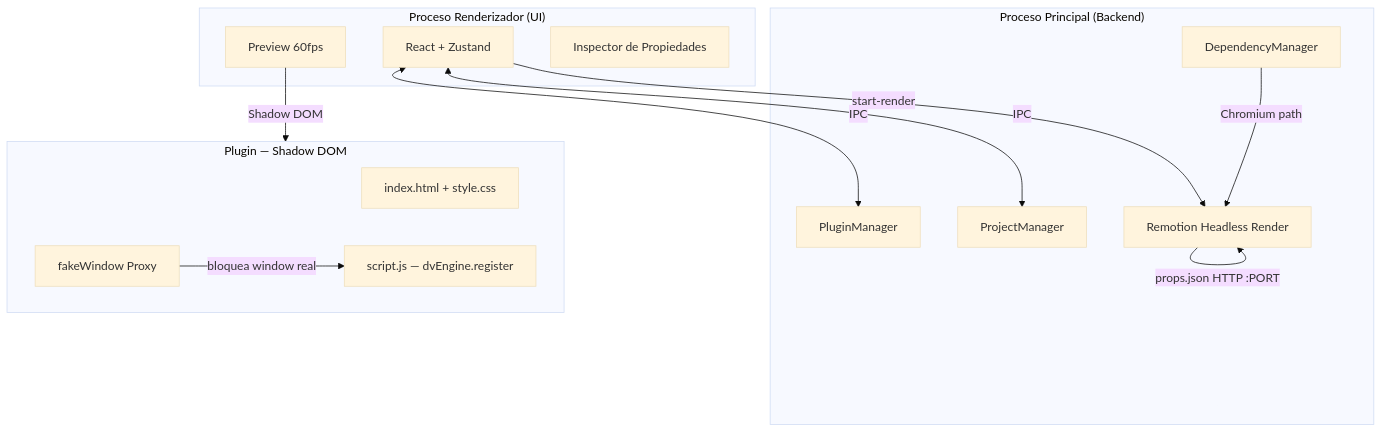
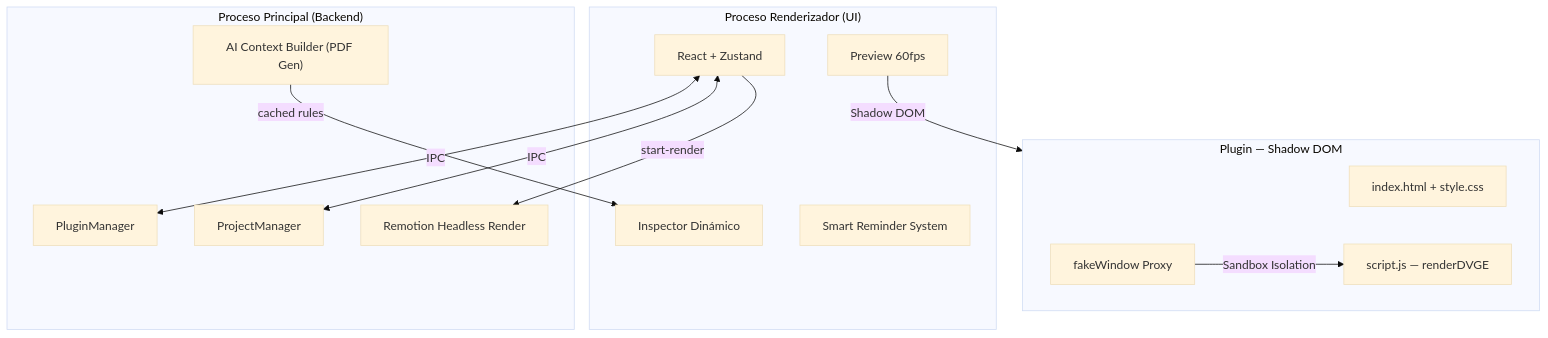
One commit to Mushi-Ayaka/DVGE-Docs changed the diagram in src/content/docs/es/engine/architecture.md. Above: the diagram before and after it, drawn with Mermaid (base theme). The commit also changed other lines of this file and 37 other files, not shown here.

````diff
--- a/src/content/docs/es/engine/architecture.md
+++ b/src/content/docs/es/engine/architecture.md
@@ -14,29 +14,29 @@
 ```mermaid
 graph TD
     subgraph Renderer["Proceso Renderizador (UI)"]
         R1["React + Zustand"]
         R2["Preview 60fps"]
-        R3["Inspector de Propiedades"]
+        R3["Inspector Dinámico"]
+        R4["Smart Reminder System"]
     end
 
     subgraph Main["Proceso Principal (Backend)"]
         M1["PluginManager"]
         M2["ProjectManager"]
         M3["Remotion Headless Render"]
-        M4["DependencyManager"]
+        M4["AI Context Builder (PDF Gen)"]
     end
 
     subgraph PluginDOM["Plugin — Shadow DOM"]
         P1["index.html + style.css"]
-        P2["script.js — dvEngine.register"]
+        P2["script.js — renderDVGE"]
         P3["fakeWindow Proxy"]
     end
 
     R1 <-->|IPC| M1
     R1 <-->|IPC| M2
     R1 -->|start-render| M3
-    M3 -->|props.json HTTP :PORT| M3
-    M4 -->|Chromium path| M3
+    M4 -->|cached rules| R3
     R2 -->|Shadow DOM| PluginDOM
-    P3 -->|bloquea window real| P2
+    P3 -->|Sandbox Isolation| P2
 ```
````
